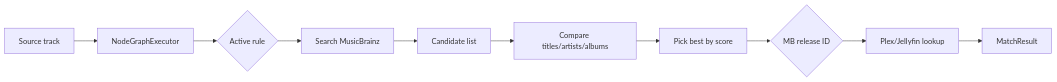
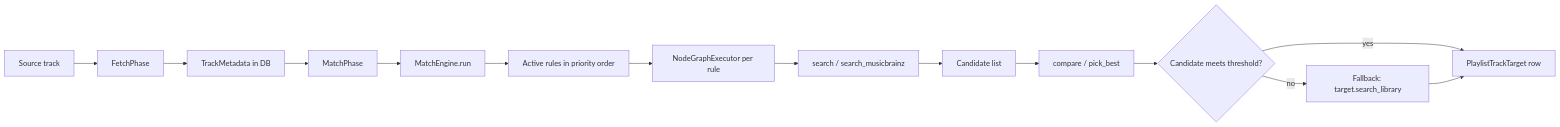
Before and after one commit to JakePeralta7/Ampy3: the diagram in docs/guides/metadata-matching.md, drawn with Mermaid. The commit also changed other lines of this file and 12 other files, not shown here.

````diff
--- a/docs/guides/metadata-matching.md
+++ b/docs/guides/metadata-matching.md
@@ -7,12 +7,16 @@
 ```mermaid
 flowchart LR
-    A[Source track] --> B[NodeGraphExecutor]
-    B --> C{Active rule}
-    C --> D[Search MusicBrainz]
-    D --> E[Candidate list]
-    E --> F[Compare titles/artists/albums]
-    F --> G[Pick best by score]
-    G --> H{MB release ID}
-    H --> I[Plex/Jellyfin lookup]
-    I --> J[MatchResult]
+    A[Source track] --> B[FetchPhase]
+    B --> C[TrackMetadata in DB]
+    C --> D[MatchPhase]
+    D --> E[MatchEngine.run]
+    E --> F[Active rules in priority order]
+    F --> G[NodeGraphExecutor per rule]
+    G --> H[search / search_musicbrainz]
+    H --> I[Candidate list]
+    I --> J[compare / pick_best]
+    J --> K{Candidate meets threshold?}
+    K -->|yes| L[PlaylistTrackTarget row]
+    K -->|no| M[Fallback: target.search_library]
+    M --> L
 ```
````
